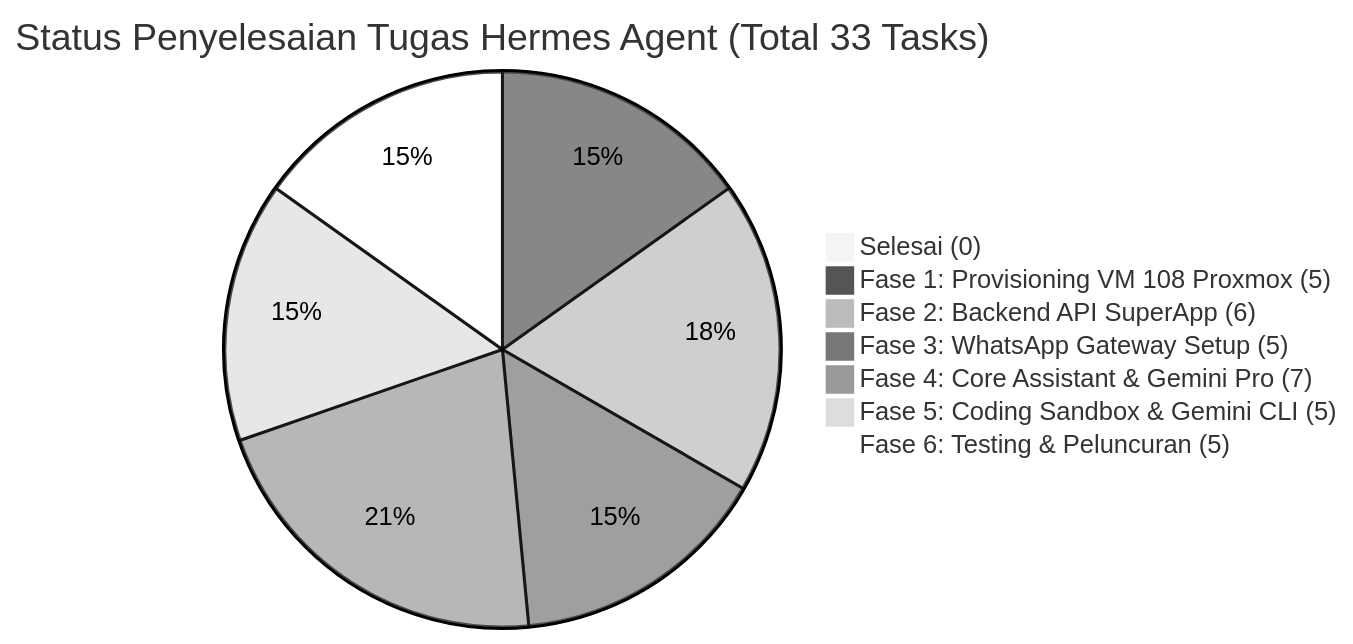
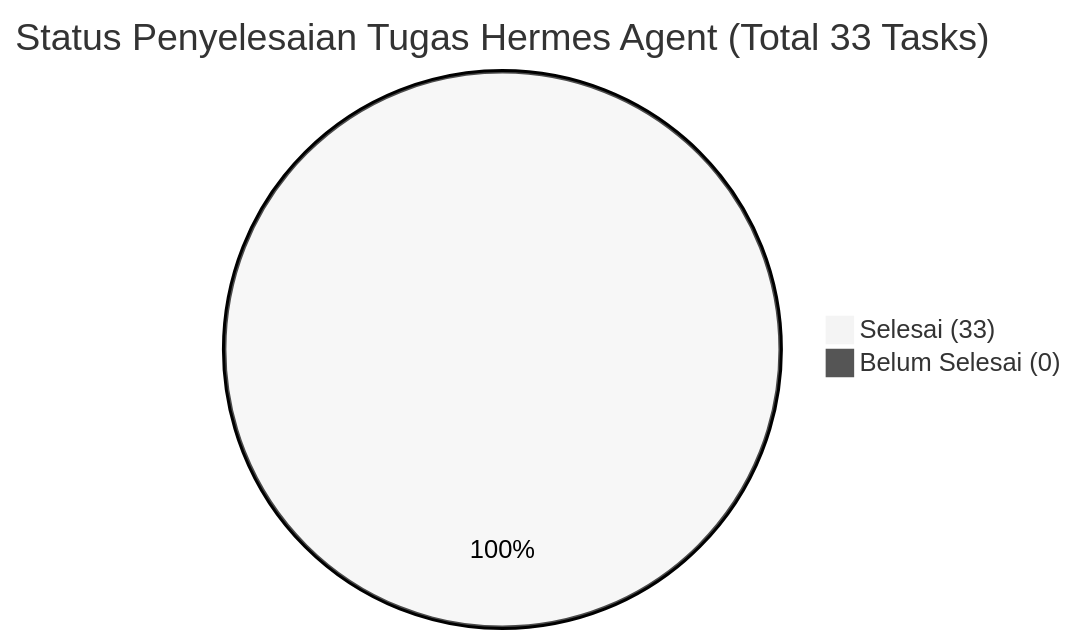
Before and after one commit to tegaranugrah1/bksda-superapp: the diagram in docs/hermes-agent/tasks.md, drawn with Mermaid (neutral theme). The commit also changed other lines of this file and 36 other files, not shown here.

Commit message:
feat(hermes-agent): implement end-to-end WhatsApp assistant, backend module, and coding sandbox on VM 108

````diff
--- a/docs/hermes-agent/tasks.md
+++ b/docs/hermes-agent/tasks.md
@@ -12,10 +12,5 @@
 ```mermaid
 pie title Status Penyelesaian Tugas Hermes Agent (Total 33 Tasks)
-    "Selesai (0)" : 0
-    "Fase 1: Provisioning VM 108 Proxmox (5)" : 5
-    "Fase 2: Backend API SuperApp (6)" : 6
-    "Fase 3: WhatsApp Gateway Setup (5)" : 5
-    "Fase 4: Core Assistant & Gemini Pro (7)" : 7
-    "Fase 5: Coding Sandbox & Gemini CLI (5)" : 5
-    "Fase 6: Testing & Peluncuran (5)" : 5
+    "Selesai (33)" : 33
+    "Belum Selesai (0)" : 0
 ```
````
